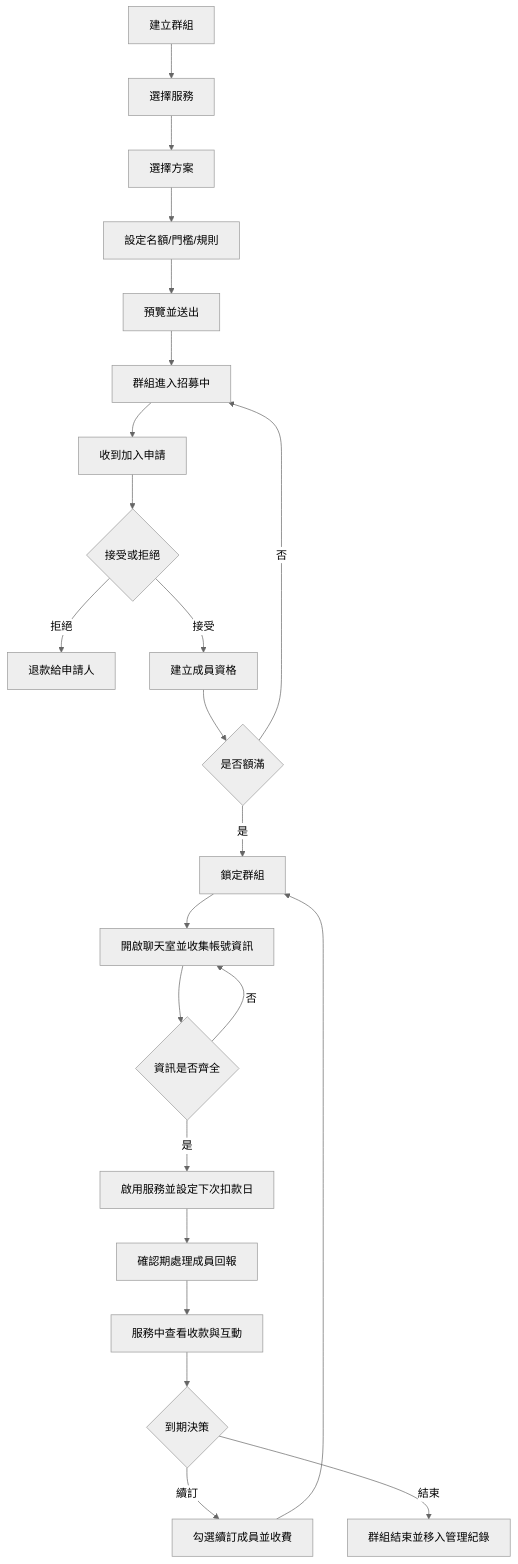
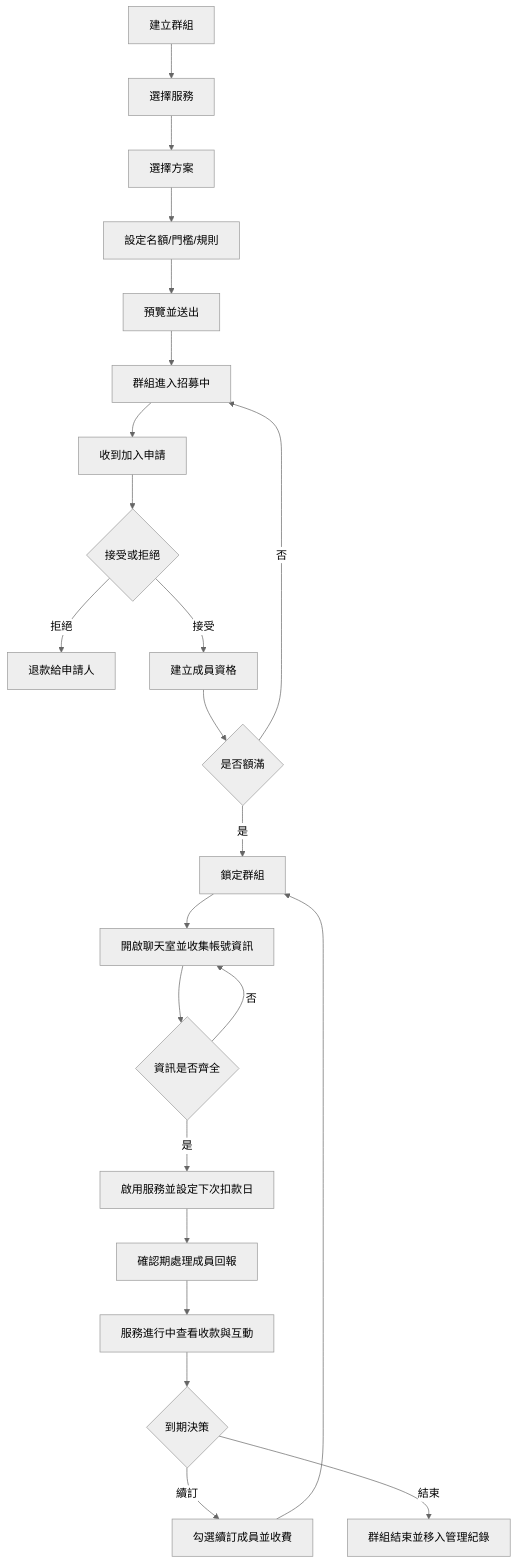
Before and after one commit to AndyChia0309/PartyMatch: the fourth of 8 diagrams in docs/uiux/user-flow-map.md, drawn with Mermaid (neutral theme). The commit also changed other lines of this file and 45 other files, not shown here.

````diff
--- a/docs/uiux/user-flow-map.md
+++ b/docs/uiux/user-flow-map.md
@@ -96,25 +96,25 @@
 ```mermaid
 flowchart TD
   A[建立群組] --> B[選擇服務]
   B --> C[選擇方案]
   C --> D[設定名額/門檻/規則]
   D --> E[預覽並送出]
   E --> F[群組進入招募中]
   F --> G[收到加入申請]
   G --> H{接受或拒絕}
   H -->|拒絕| I[退款給申請人]
   H -->|接受| J[建立成員資格]
   J --> K{是否額滿}
   K -->|否| F
   K -->|是| L[鎖定群組]
   L --> M[開啟聊天室並收集帳號資訊]
   M --> N{資訊是否齊全}
   N -->|否| M
   N -->|是| O[啟用服務並設定下次扣款日]
   O --> P[確認期處理成員回報]
-  P --> Q[服務中查看收款與互動]
+  P --> Q[服務進行中查看收款與互動]
   Q --> R{到期決策}
   R -->|續訂| S[勾選續訂成員並收費]
   S --> L
   R -->|結束| T[群組結束並移入管理紀錄]
 ```
````
